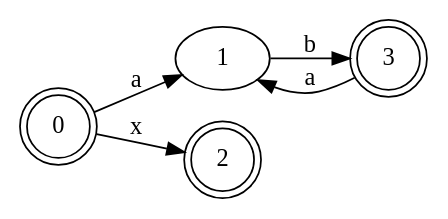
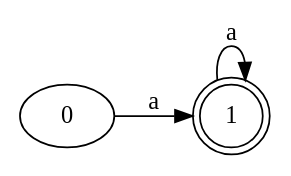
The diagram in dfa.dot (ShengRang/schepy), drawn with Graphviz before and after one commit. The commit also changed 2 other files, not shown here.

```diff
--- a/dfa.dot
+++ b/dfa.dot
@@ -1,11 +1,7 @@
 digraph regex_dfa{
 rankdir=LR;
-	 0 [label=0, shape=doublecircle]
+	0 [label=0]
 	0-> 1 [label="a"]
-	0-> 2 [label="x"]
-	1 [label=1]
-	1-> 3 [label="b"]
-	 2 [label=2, shape=doublecircle]
-	 3 [label=3, shape=doublecircle]
-	3-> 1 [label="a"]
+	 1 [label=1, shape=doublecircle]
+	1-> 1 [label="a"]
 }
```
